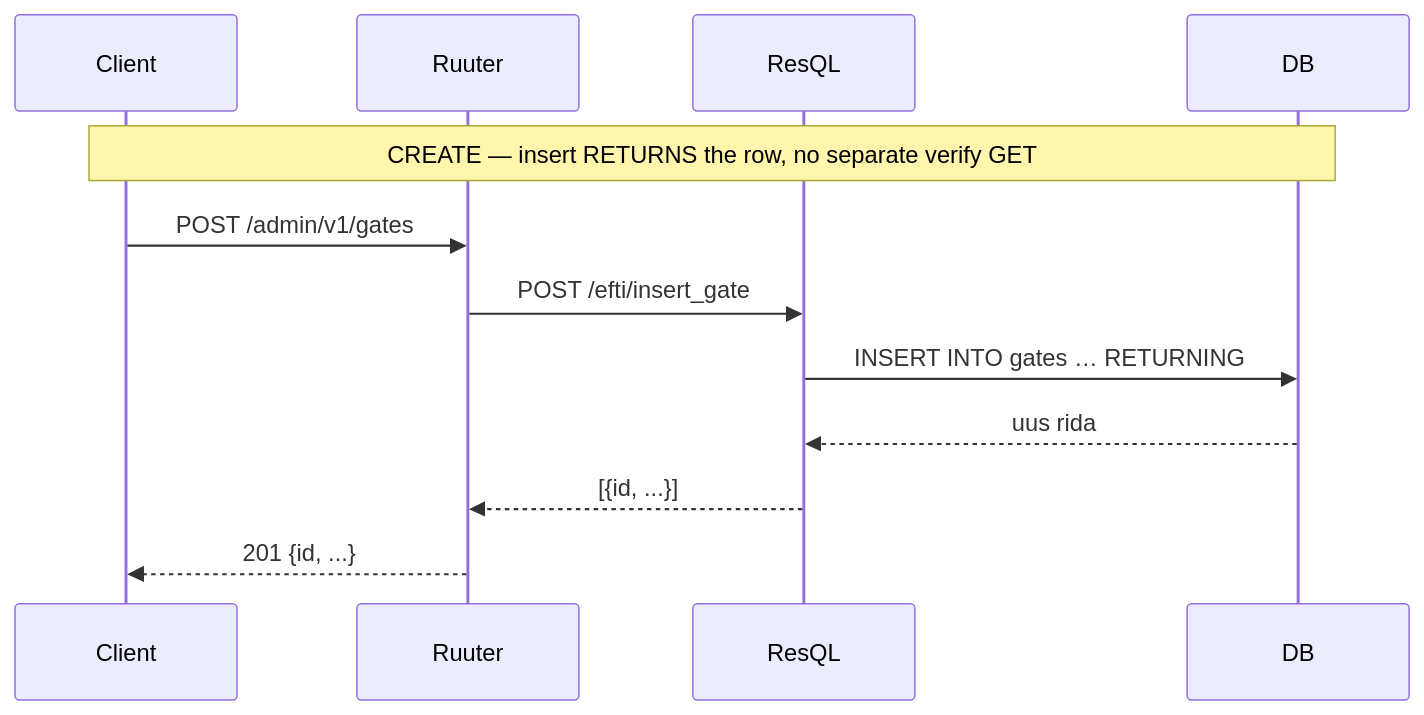
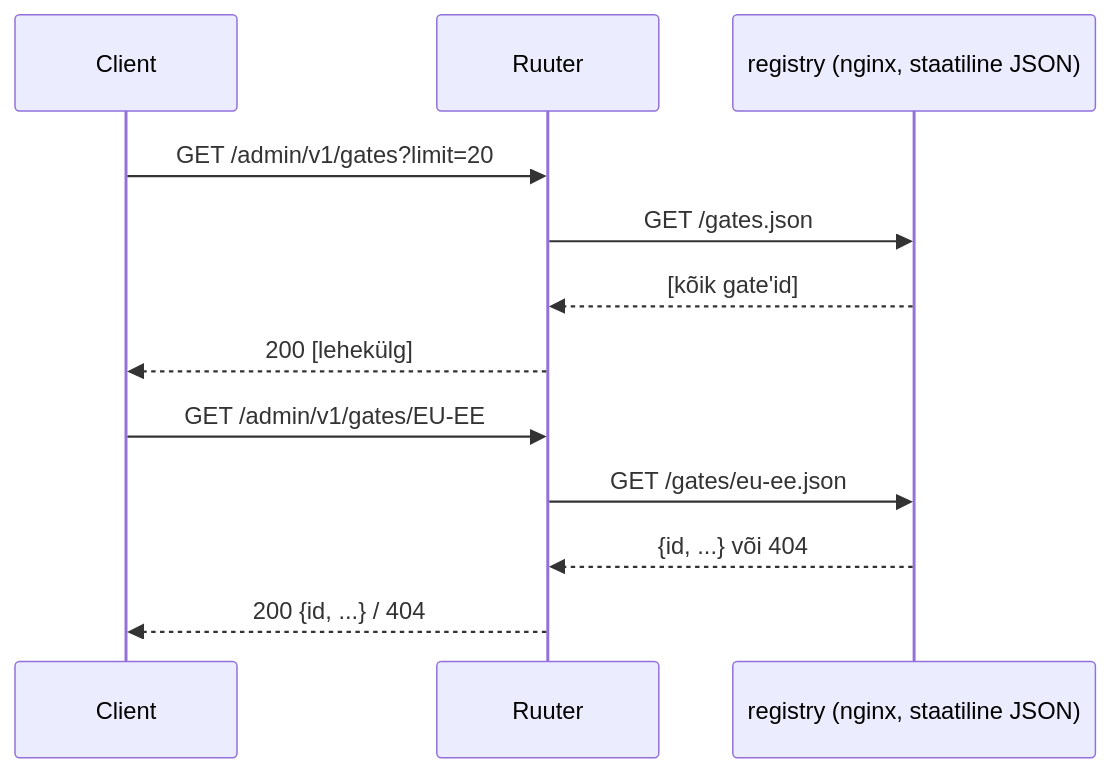
One commit to kemit-ee/efti-gate-ee changed the second of 2 diagrams in docs/specs/api_endpoints.md. Above: the diagram before and after it, drawn with Mermaid. The commit also changed other lines of this file and 40 other files, not shown here.

````diff
--- a/docs/specs/api_endpoints.md
+++ b/docs/specs/api_endpoints.md
@@ -185,15 +182,15 @@
 ```mermaid
 sequenceDiagram
     participant Client
     participant Ruuter
-    participant ResQL
-    participant DB
+    participant Registry as registry (nginx, staatiline JSON)
 
-    Note over Client,DB: CREATE — insert RETURNS the row, no separate verify GET
-    Client->>Ruuter: POST /admin/v1/gates
-    Ruuter->>ResQL: POST /efti/insert_gate
-    ResQL->>DB: INSERT INTO gates … RETURNING
-    DB-->>ResQL: uus rida
-    ResQL-->>Ruuter: [{id, ...}]
-    Ruuter-->>Client: 201 {id, ...}
+    Client->>Ruuter: GET /admin/v1/gates?limit=20
+    Ruuter->>Registry: GET /gates.json
+    Registry-->>Ruuter: [kõik gate'id]
+    Ruuter-->>Client: 200 [lehekülg]
+    Client->>Ruuter: GET /admin/v1/gates/EU-EE
+    Ruuter->>Registry: GET /gates/eu-ee.json
+    Registry-->>Ruuter: {id, ...} või 404
+    Ruuter-->>Client: 200 {id, ...} / 404
 ```
````
